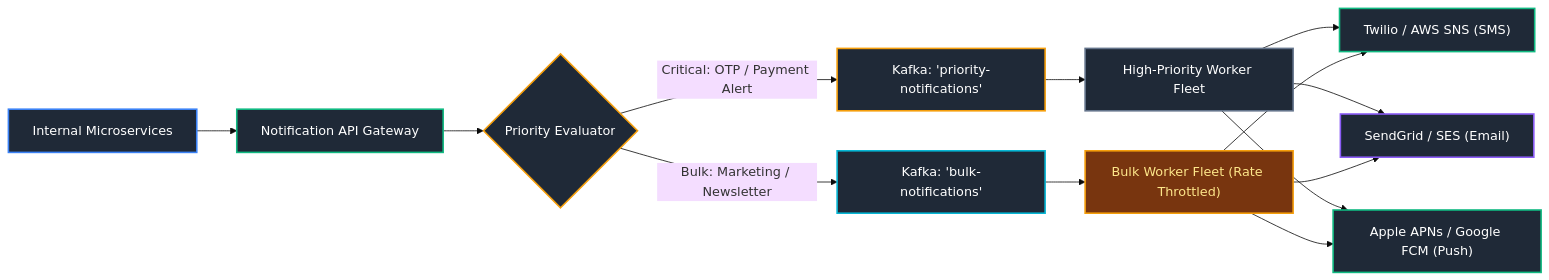
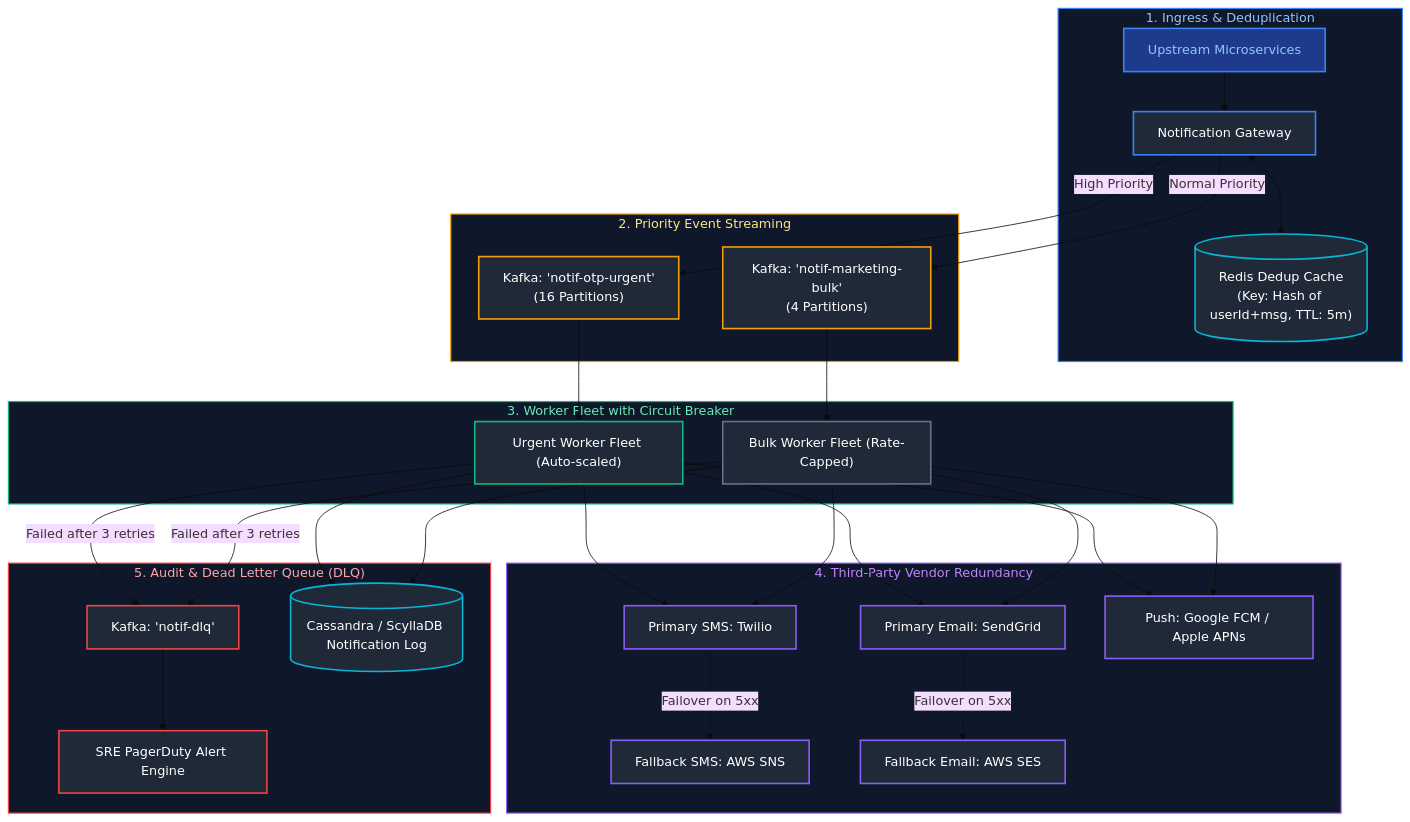
Before and after one commit to joydeep-biswas/Interview-Preparation: diagram 21 of 22 in Java Backend Engineering/13_microservices_distributed_systems_system_design.md, drawn with Mermaid (base theme). The commit also changed other lines of this file and 143 other files, not shown here.

````diff
--- a/Java Backend Engineering/13_microservices_distributed_systems_system_design.md
+++ b/Java Backend Engineering/13_microservices_distributed_systems_system_design.md
@@ -1157,26 +1806,55 @@
 ```mermaid
-flowchart LR
-    InternalCaller["Internal Microservices"] --> API["Notification API Gateway"]
-    API --> PriorityRouter{"Priority Evaluator"}
-    
-    PriorityRouter -->|Critical: OTP / Payment Alert| HighQueue["Kafka: 'priority-notifications'"]
-    PriorityRouter -->|Bulk: Marketing / Newsletter| LowQueue["Kafka: 'bulk-notifications'"]
-    
-    HighQueue --> DispatcherHigh["High-Priority Worker Fleet"]
-    LowQueue --> DispatcherLow["Bulk Worker Fleet (Rate Throttled)"]
-    
-    DispatcherHigh & DispatcherLow --> SMS["Twilio / AWS SNS (SMS)"]
-    DispatcherHigh & DispatcherLow --> Email["SendGrid / SES (Email)"]
-    DispatcherHigh & DispatcherLow --> Push["Apple APNs / Google FCM (Push)"]
+flowchart TD
+    subgraph IngressTier["1. Ingress & Deduplication"]
+        Caller["Upstream Microservices"] --> API["Notification Gateway"]
+        API <--> DedupCache[("Redis Dedup Cache<br/>(Key: Hash of userId+msg, TTL: 5m)")]
+    end
 
-    style InternalCaller fill:#1f2937,stroke:#3b82f6,stroke-width:2px,color:#fff
-    style API fill:#1f2937,stroke:#10b981,stroke-width:2px,color:#fff
-    style PriorityRouter fill:#1f2937,stroke:#f59e0b,stroke-width:2px,color:#fff
-    style HighQueue fill:#1f2937,stroke:#f59e0b,stroke-width:2px,color:#fff
-    style LowQueue fill:#1f2937,stroke:#06b6d4,stroke-width:2px,color:#fff
-    style DispatcherHigh fill:#1f2937,stroke:#64748b,stroke-width:2px,color:#fff
-    style DispatcherLow fill:#78350f,stroke:#f59e0b,stroke-width:2px,color:#fde68a
-    style SMS fill:#1f2937,stroke:#10b981,stroke-width:2px,color:#fff
-    style Email fill:#1f2937,stroke:#8b5cf6,stroke-width:2px,color:#fff
-    style Push fill:#1f2937,stroke:#10b981,stroke-width:2px,color:#fff
+    subgraph KafkaPriorityMesh["2. Priority Event Streaming"]
+        API -->|High Priority| FastQueue["Kafka: 'notif-otp-urgent'<br/>(16 Partitions)"]
+        API -->|Normal Priority| BulkQueue["Kafka: 'notif-marketing-bulk'<br/>(4 Partitions)"]
+    end
+
+    subgraph WorkerFleet["3. Worker Fleet with Circuit Breaker"]
+        FastQueue --> UrgentWorkers["Urgent Worker Fleet (Auto-scaled)"]
+        BulkQueue --> BulkWorkers["Bulk Worker Fleet (Rate-Capped)"]
+    end
+
+    subgraph Providers["4. Third-Party Vendor Redundancy"]
+        UrgentWorkers & BulkWorkers --> Twilio["Primary SMS: Twilio"]
+        Twilio -.->|Failover on 5xx| AWSSNS["Fallback SMS: AWS SNS"]
+
+        UrgentWorkers & BulkWorkers --> SendGrid["Primary Email: SendGrid"]
+        SendGrid -.->|Failover on 5xx| AWSSES["Fallback Email: AWS SES"]
+
+        UrgentWorkers & BulkWorkers --> FCM["Push: Google FCM / Apple APNs"]
+    end
+
+    subgraph DLQ_And_Audit["5. Audit & Dead Letter Queue (DLQ)"]
+        UrgentWorkers & BulkWorkers -->|Failed after 3 retries| DLQ["Kafka: 'notif-dlq'"]
+        DLQ --> AlertEngine["SRE PagerDuty Alert Engine"]
+        UrgentWorkers & BulkWorkers --> AuditDB[("Cassandra / ScyllaDB Notification Log")]
+    end
+
+    style IngressTier fill:#0f172a,stroke:#3b82f6,stroke-width:1.5px,color:#93c5fd
+    style KafkaPriorityMesh fill:#0f172a,stroke:#f59e0b,stroke-width:1.5px,color:#fde68a
+    style WorkerFleet fill:#0f172a,stroke:#10b981,stroke-width:1.5px,color:#6ee7b7
+    style Providers fill:#0f172a,stroke:#8b5cf6,stroke-width:1.5px,color:#c084fc
+    style DLQ_And_Audit fill:#0f172a,stroke:#ef4444,stroke-width:1.5px,color:#fca5a5
+
+    style Caller fill:#1e3a8a,stroke:#3b82f6,stroke-width:2px,color:#93c5fd
+    style API fill:#1f2937,stroke:#3b82f6,stroke-width:2px,color:#fff
+    style DedupCache fill:#1f2937,stroke:#06b6d4,stroke-width:2px,color:#fff
+    style FastQueue fill:#1f2937,stroke:#f59e0b,stroke-width:2px,color:#fff
+    style BulkQueue fill:#1f2937,stroke:#f59e0b,stroke-width:2px,color:#fff
+    style UrgentWorkers fill:#1f2937,stroke:#10b981,stroke-width:2px,color:#fff
+    style BulkWorkers fill:#1f2937,stroke:#64748b,stroke-width:2px,color:#fff
+    style Twilio fill:#1f2937,stroke:#8b5cf6,stroke-width:2px,color:#fff
+    style AWSSNS fill:#1f2937,stroke:#8b5cf6,stroke-width:2px,color:#fff
+    style SendGrid fill:#1f2937,stroke:#8b5cf6,stroke-width:2px,color:#fff
+    style AWSSES fill:#1f2937,stroke:#8b5cf6,stroke-width:2px,color:#fff
+    style FCM fill:#1f2937,stroke:#8b5cf6,stroke-width:2px,color:#fff
+    style DLQ fill:#1f2937,stroke:#ef4444,stroke-width:2px,color:#fff
+    style AlertEngine fill:#1f2937,stroke:#ef4444,stroke-width:2px,color:#fff
+    style AuditDB fill:#1f2937,stroke:#06b6d4,stroke-width:2px,color:#fff
 ```
````
